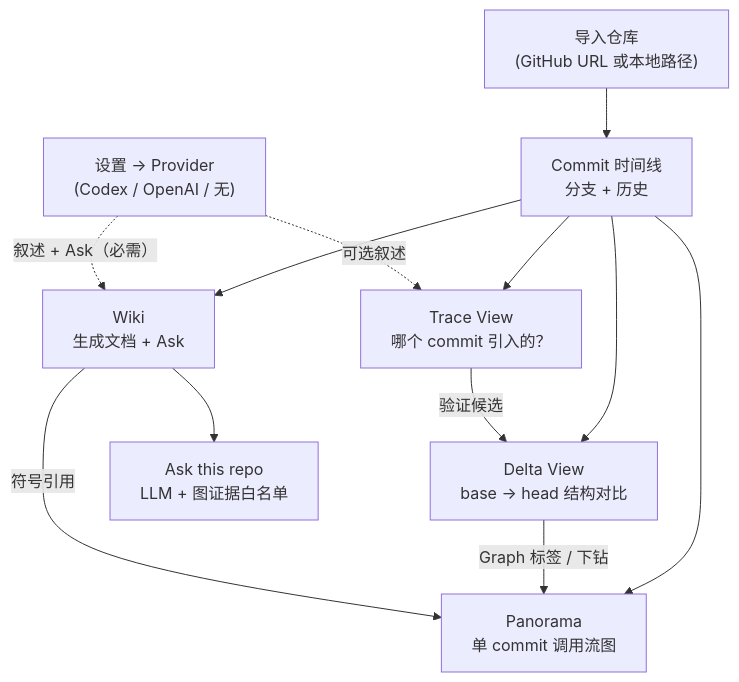
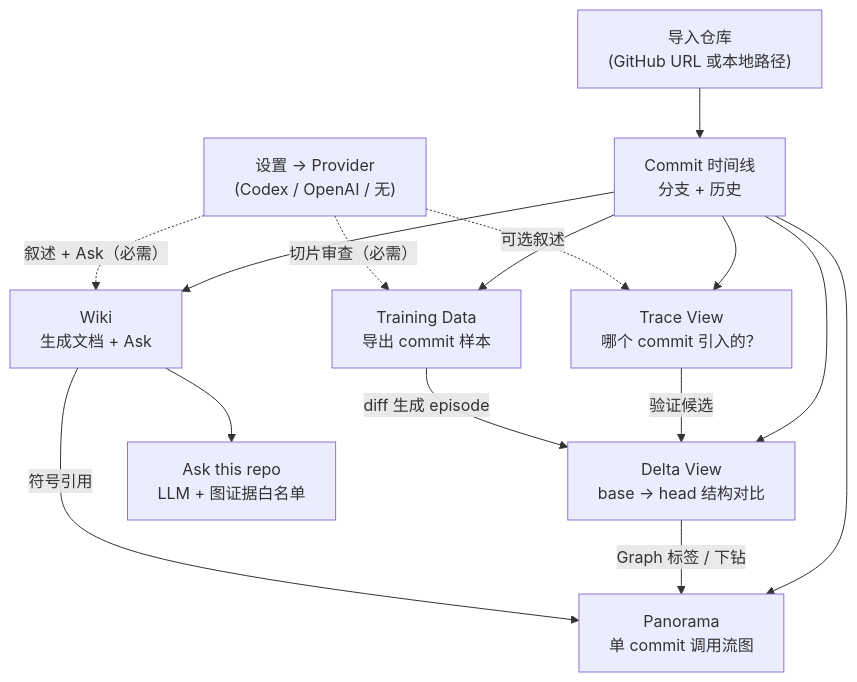
One commit to ingeniousfrog/CodeDelta changed the first of 2 diagrams in README.zh-CN.md. Above: the diagram before and after it, drawn with Mermaid. The commit also changed other lines of this file and 9 other files, not shown here.

First line of the commit message:
chore(release): desktop v0.2.2 with Training Data docs and export UX

````diff
--- a/README.zh-CN.md
+++ b/README.zh-CN.md
@@ -48,21 +49,24 @@
 ```mermaid
 flowchart TB
   Import["导入仓库\n(GitHub URL 或本地路径)"]
   Timeline["Commit 时间线\n分支 + 历史"]
 
   Import --> Timeline
 
   Timeline --> Delta["Delta View\nbase → head 结构对比"]
   Timeline --> Trace["Trace View\n哪个 commit 引入的？"]
   Timeline --> Panorama["Panorama\n单 commit 调用流图"]
   Timeline --> Wiki["Wiki\n生成文档 + Ask"]
+  Timeline --> Training["Training Data\n导出 commit 样本"]
 
   Trace -->|"验证候选"| Delta
   Delta -->|"Graph 标签 / 下钻"| Panorama
   Wiki -->|"符号引用"| Panorama
   Wiki --> Ask["Ask this repo\nLLM + 图证据白名单"]
+  Training -->|"diff 生成 episode"| Delta
 
   Provider["设置 → Provider\n(Codex / OpenAI / 无)"]
   Provider -.->|"可选叙述"| Trace
   Provider -.->|"叙述 + Ask（必需）"| Wiki
+  Provider -.->|"切片审查（必需）"| Training
 ```
````
